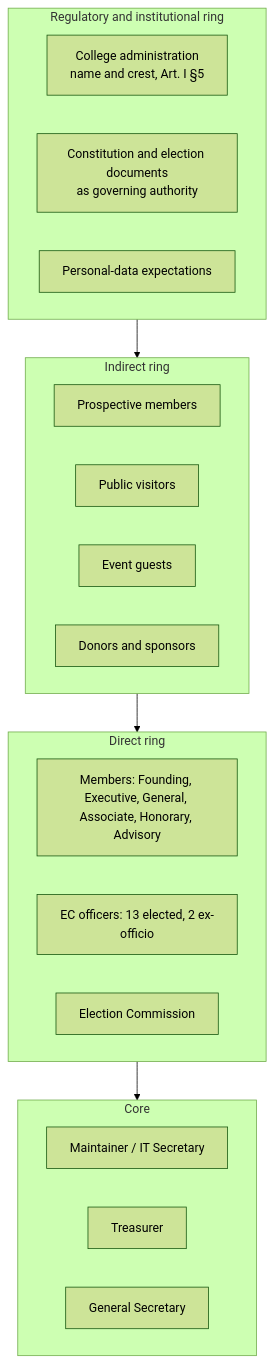
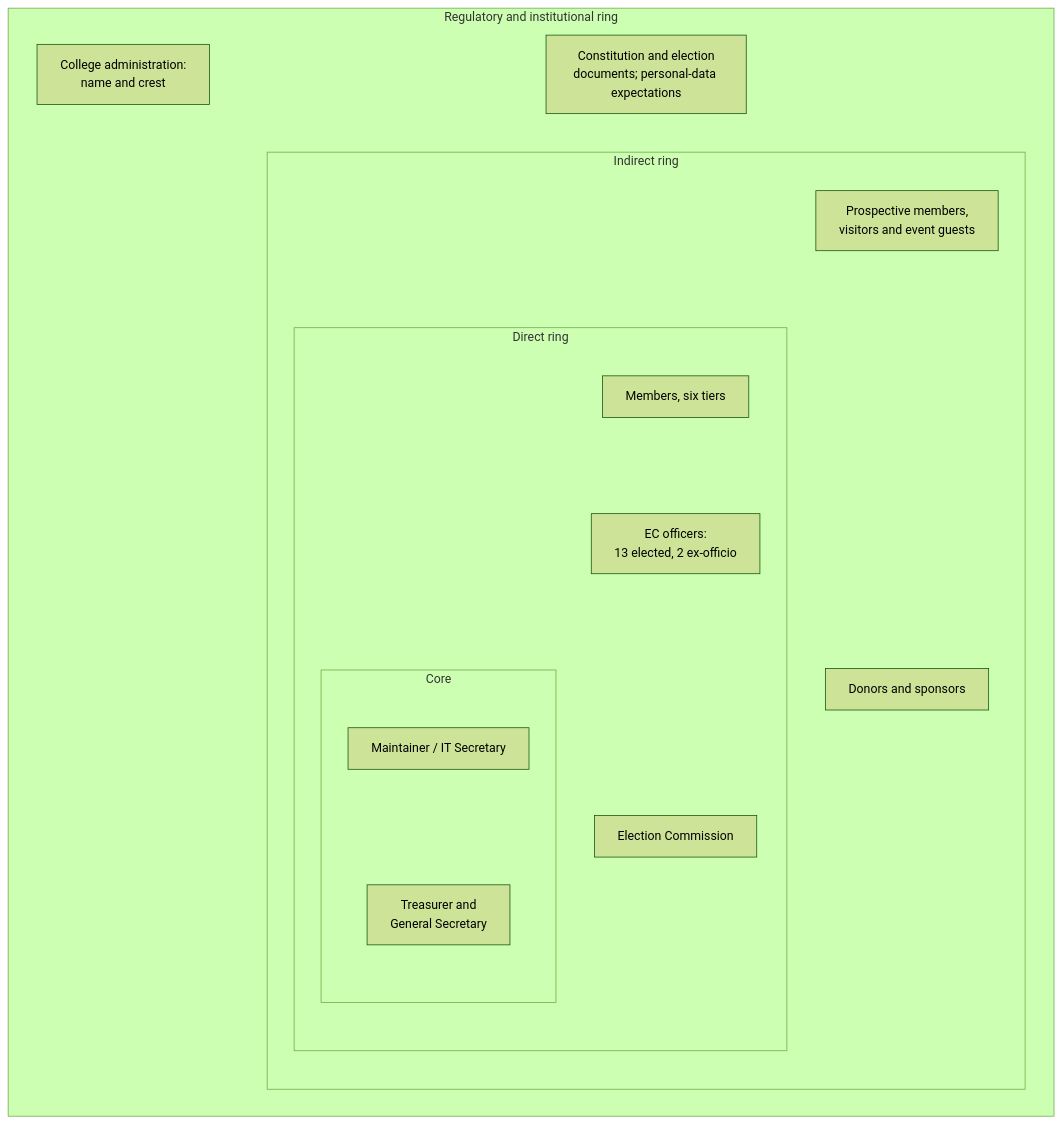
One commit to shalin-rahman/GHCAA changed the second of 3 diagrams in docs/book/01-introduction.md. Above: the diagram before and after it, drawn with Mermaid (forest theme). The commit also changed other lines of this file and 22 other files, not shown here.

First line of the commit message:
docs(book): align with the implementation, fit every figure to A4, print a real PDF

````diff
--- a/docs/book/01-introduction.md
+++ b/docs/book/01-introduction.md
@@ -290,29 +294,24 @@
 ```mermaid
 flowchart TB
     subgraph REG["Regulatory and institutional ring"]
-      direction LR
-      R1[College administration<br/>name and crest, Art. I §5]
-      R2[Constitution and election documents<br/>as governing authority]
-      R3[Personal-data expectations]
+      subgraph IND["Indirect ring"]
+        subgraph DIR["Direct ring"]
+          subgraph CORE["Core"]
+            C1[Maintainer / IT Secretary]
+            C2[Treasurer and<br/>General Secretary]
+            C1 ~~~ C2
+          end
+          D1[Members, six tiers]
+          D2[EC officers:<br/>13 elected, 2 ex-officio]
+          D3[Election Commission]
+          D1 ~~~ D2 ~~~ D3
+        end
+        I1[Prospective members,<br/>visitors and event guests]
+        I2[Donors and sponsors]
+        I1 ~~~ I2
+      end
+      R1[College administration:<br/>name and crest]
+      R2[Constitution and election<br/>documents; personal-data expectations]
+      R1 ~~~ R2
     end
-    subgraph IND["Indirect ring"]
-      direction LR
-      I1[Prospective members]
-      I2[Public visitors]
-      I3[Event guests]
-      I4[Donors and sponsors]
-    end
-    subgraph DIR["Direct ring"]
-      direction LR
-      D1[Members: Founding, Executive, General, Associate, Honorary, Advisory]
-      D2[EC officers: 13 elected, 2 ex-officio]
-      D3[Election Commission]
-    end
-    subgraph CORE["Core"]
-      direction LR
-      C1[Maintainer / IT Secretary]
-      C2[Treasurer]
-      C3[General Secretary]
-    end
-    REG --> IND --> DIR --> CORE
 ```
````
